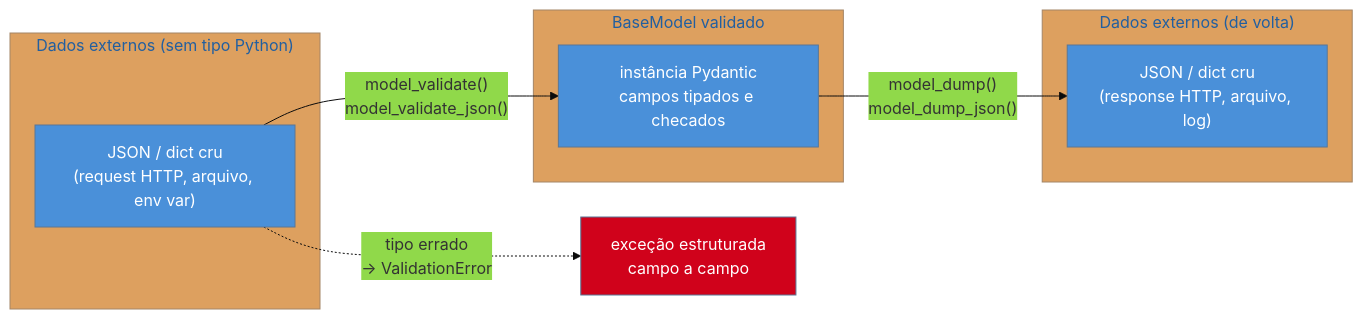
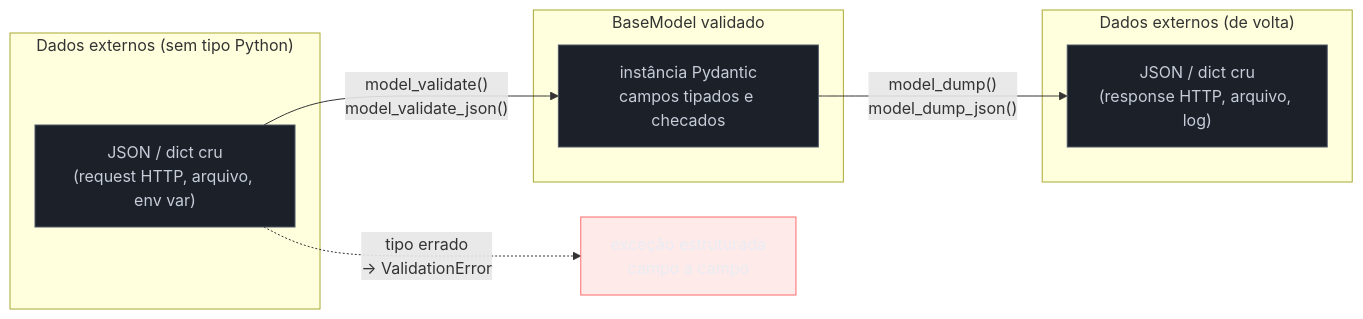
The diagram in 03-Dominios/Tecnologia/Python/Tipagem moderna/06 - Pydantic — validação em runtime.md (josenaldo/codex-technomanticus), drawn with Mermaid before and after one commit. The commit also changed 1181 other files, not shown here.

First line of the commit message:
fix(diagramas): paleta do sistema no lugar de cor cravada no markdown

````diff
--- a/03-Dominios/Tecnologia/Python/Tipagem moderna/06 - Pydantic — validação em runtime.md
+++ b/03-Dominios/Tecnologia/Python/Tipagem moderna/06 - Pydantic — validação em runtime.md
@@ -248,24 +248,25 @@
 ```mermaid
-%%{init: {"theme": "base", "themeVariables": {"primaryColor": "#4A90D9"}}}%%
 flowchart LR
+    classDef neutro fill:#1B2029,stroke:#4E5666,color:#C6CCD8
+    classDef falha fill:#FF6B6B24,stroke:#FF6B6B,color:#E9ECF2
     subgraph Entrada["Dados externos (sem tipo Python)"]
         JSON["JSON / dict cru\n(request HTTP, arquivo, env var)"]
     end
 
     subgraph Validado["BaseModel validado"]
         OBJ["instância Pydantic\ncampos tipados e checados"]
     end
 
     subgraph Saida["Dados externos (de volta)"]
         JSON2["JSON / dict cru\n(response HTTP, arquivo, log)"]
     end
 
     JSON -->|"model_validate()\nmodel_validate_json()"| OBJ
     OBJ -->|"model_dump()\nmodel_dump_json()"| JSON2
     JSON -.->|"tipo errado\n→ ValidationError"| ERRO["exceção estruturada\ncampo a campo"]
 
-    style JSON fill:#4A90D9,color:#fff
-    style OBJ fill:#4A90D9,color:#fff
-    style JSON2 fill:#4A90D9,color:#fff
-    style ERRO fill:#D0021B,color:#fff
+    class JSON neutro
+    class OBJ neutro
+    class JSON2 neutro
+    class ERRO falha
 ```
````
